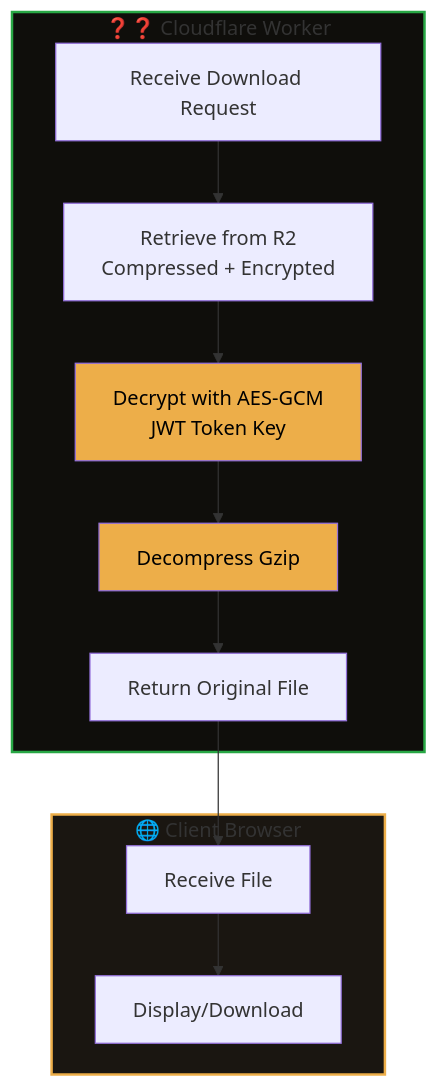
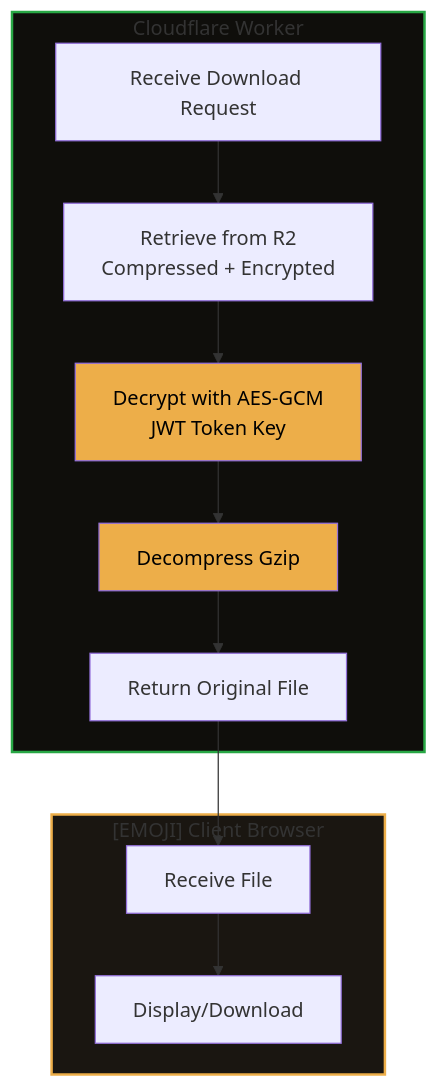
One commit to Underwood-Inc/strixun-stream-suite changed the second of 2 diagrams in serverless/mods-api/README.md. Above: the diagram before and after it, drawn with Mermaid. The commit also changed other lines of this file and 424 other files, not shown here.

````diff
--- a/serverless/mods-api/README.md
+++ b/serverless/mods-api/README.md
@@ -50,19 +50,19 @@
 ```mermaid
 flowchart TB
-    subgraph Server["❓❓ Cloudflare Worker"]
+    subgraph Server[" Cloudflare Worker"]
         A[Receive Download Request] --> B[Retrieve from R2<br/>Compressed + Encrypted]
         B --> C[Decrypt with AES-GCM<br/>JWT Token Key]
         C --> D[Decompress Gzip]
         D --> E[Return Original File]
     end
     
-    subgraph Client["🌐 Client Browser"]
+    subgraph Client["[EMOJI] Client Browser"]
         E --> F[Receive File]
         F --> G[Display/Download]
     end
     
     style Server fill:#0f0e0b,stroke:#28a745,stroke-width:2px
     style C fill:#edae49,color:#000
     style D fill:#edae49,color:#000
     style Client fill:#1a1611,stroke:#edae49,stroke-width:2px
 ```
````
